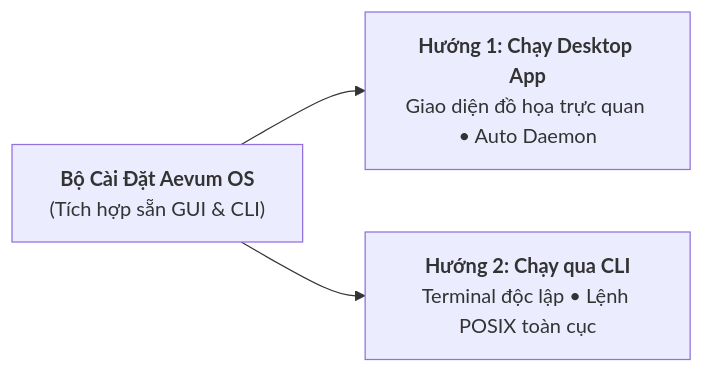
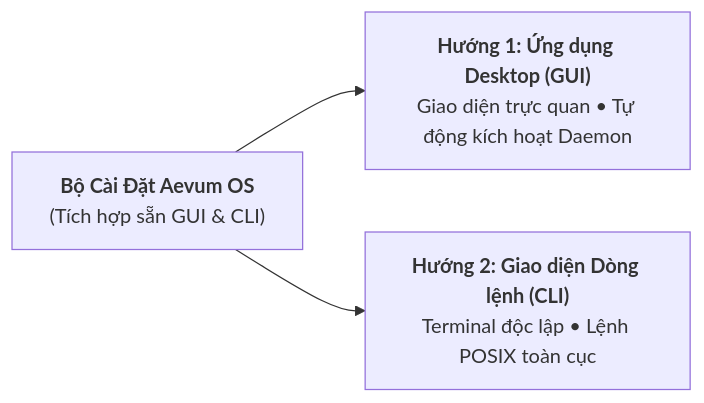
Before and after one commit to hainguyen011/Aevum-website: the diagram in content/docs/02-cai-dat.md, drawn with Mermaid. The commit also changed other lines of this file and 46 other files, not shown here.

````diff
--- a/content/docs/02-cai-dat.md
+++ b/content/docs/02-cai-dat.md
@@ -40,6 +40,6 @@
 ```mermaid
 flowchart LR
     Setup["<b>Bộ Cài Đặt Aevum OS</b><br/>(Tích hợp sẵn GUI & CLI)"]
-    Setup --> H1["<b>Hướng 1: Chạy Desktop App</b><br/>Giao diện đồ họa trực quan • Auto Daemon"]
-    Setup --> H2["<b>Hướng 2: Chạy qua CLI</b><br/>Terminal độc lập • Lệnh POSIX toàn cục"]
+    Setup --> H1["<b>Hướng 1: Ứng dụng Desktop (GUI)</b><br/>Giao diện trực quan • Tự động kích hoạt Daemon"]
+    Setup --> H2["<b>Hướng 2: Giao diện Dòng lệnh (CLI)</b><br/>Terminal độc lập • Lệnh POSIX toàn cục"]
 ```
````
